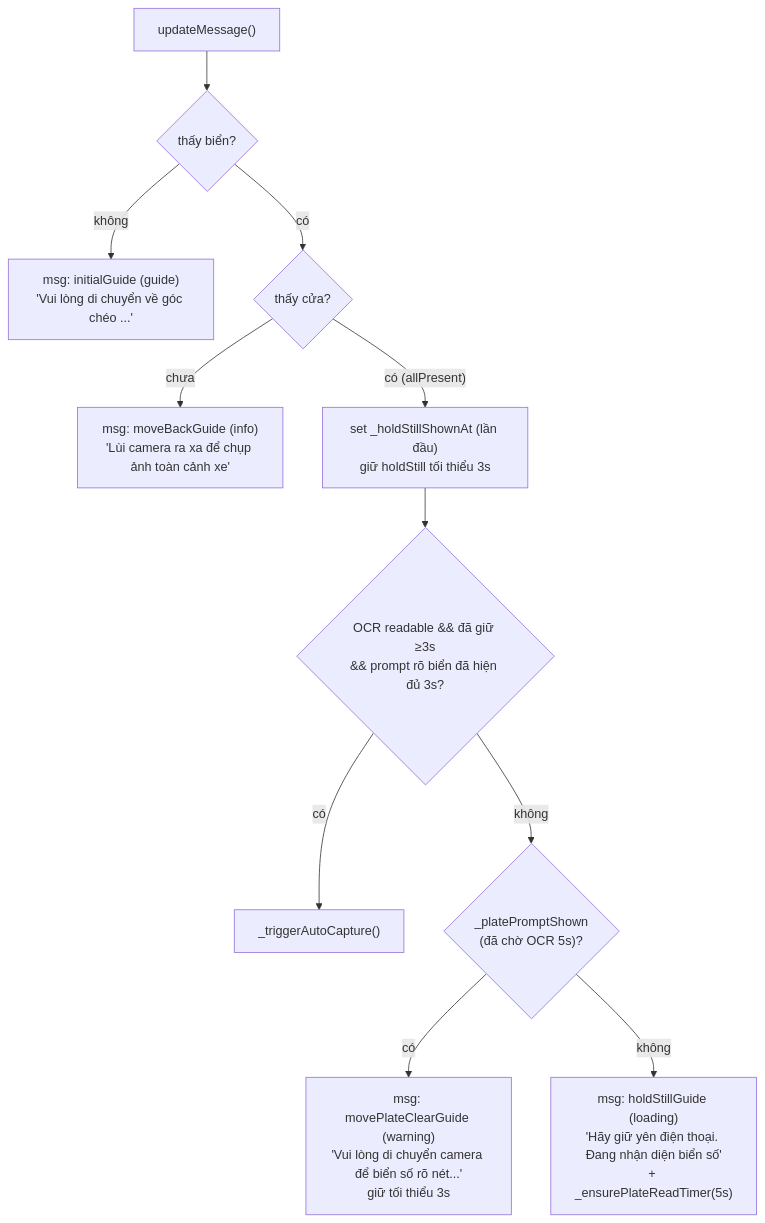
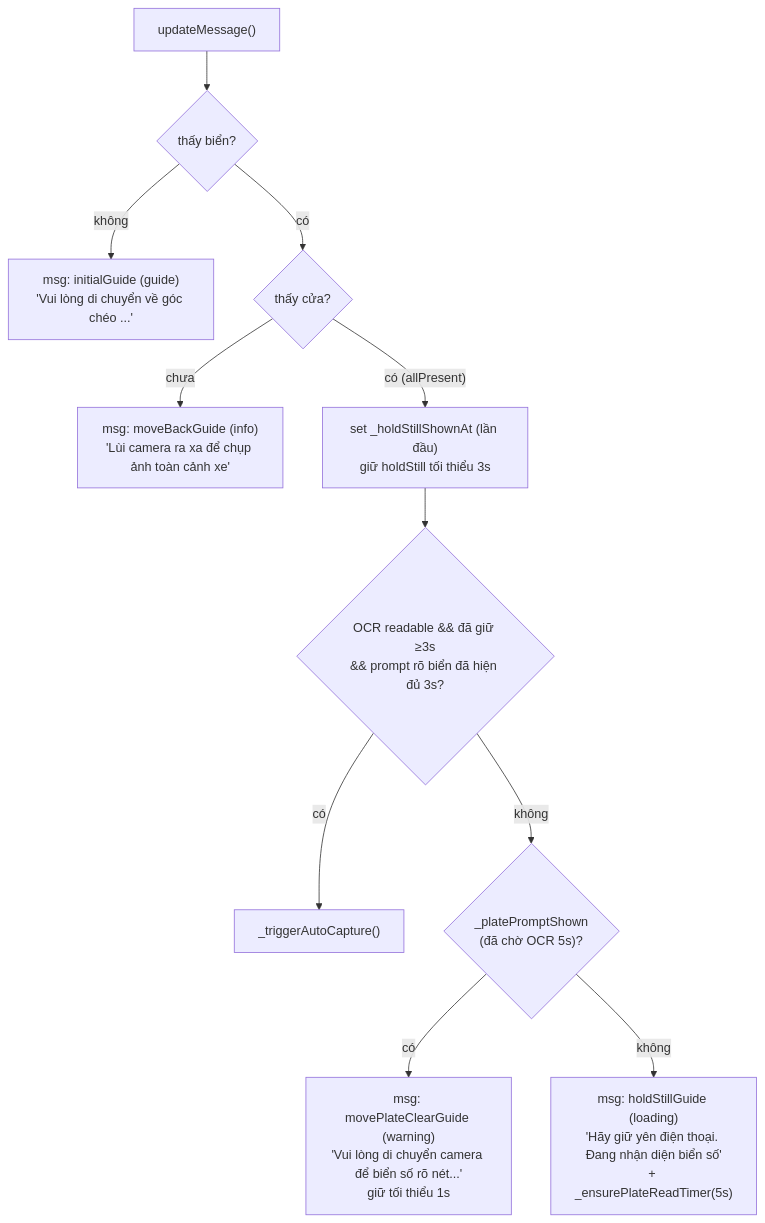
One commit to Aicycle-Insurance/aicycle_on_device changed the third of 9 diagrams in CAMERA_CONTROLLER.md. Above: the diagram before and after it, drawn with Mermaid. The commit also changed other lines of this file and 12 other files, not shown here.

````diff
--- a/CAMERA_CONTROLLER.md
+++ b/CAMERA_CONTROLLER.md
@@ -60,14 +60,14 @@
 ```mermaid
 flowchart TD
     U["updateMessage()"] --> Q1{"thấy biển?"}
     Q1 -->|không| M1["msg: initialGuide (guide)<br/>'Vui lòng di chuyển về góc chéo ...'"]
     Q1 -->|có| Q2{"thấy cửa?"}
     Q2 -->|chưa| M2["msg: moveBackGuide (info)<br/>'Lùi camera ra xa để chụp ảnh toàn cảnh xe'"]
     Q2 -->|"có (allPresent)"| H["set _holdStillShownAt (lần đầu)<br/>giữ holdStill tối thiểu 3s"]
 
     H --> Q3{"OCR readable && đã giữ ≥3s<br/>&& prompt rõ biển đã hiện đủ 3s?"}
     Q3 -->|có| CAP["_triggerAutoCapture()"]
     Q3 -->|không| Q4{"_platePromptShown<br/>(đã chờ OCR 5s)?"}
-    Q4 -->|có| M3["msg: movePlateClearGuide (warning)<br/>'Vui lòng di chuyển camera để biển số rõ nét...'<br/>giữ tối thiểu 3s"]
+    Q4 -->|có| M3["msg: movePlateClearGuide (warning)<br/>'Vui lòng di chuyển camera để biển số rõ nét...'<br/>giữ tối thiểu 1s"]
     Q4 -->|không| M4["msg: holdStillGuide (loading)<br/>'Hãy giữ yên điện thoại. Đang nhận diện biển số'<br/>+ _ensurePlateReadTimer(5s)"]
 ```
````
